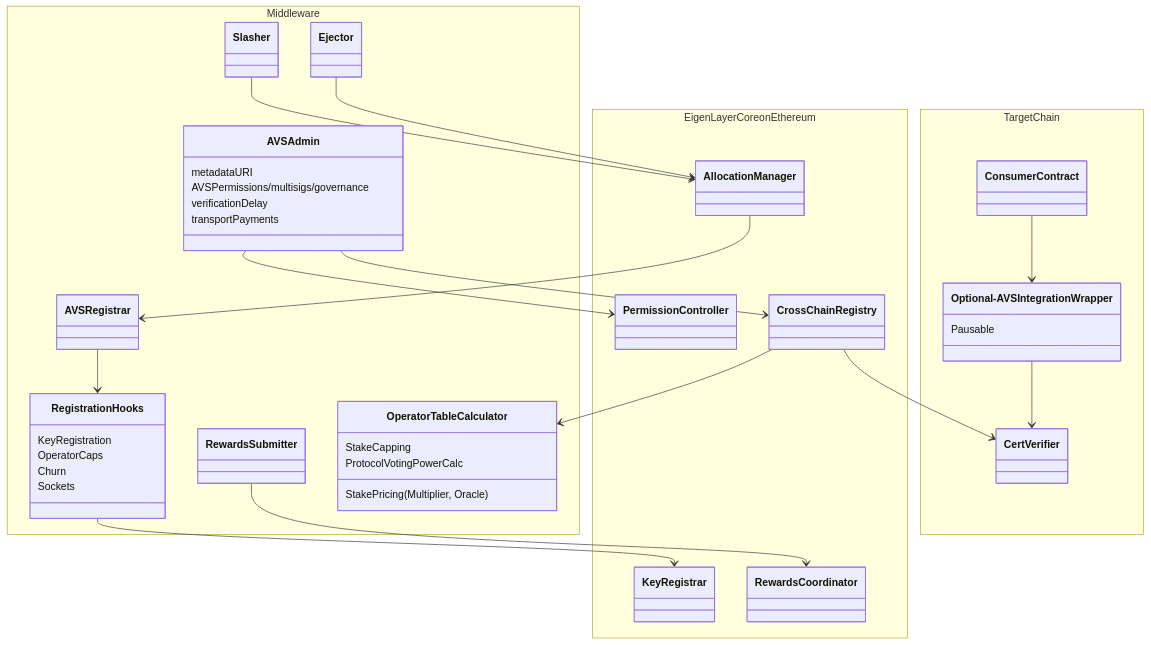
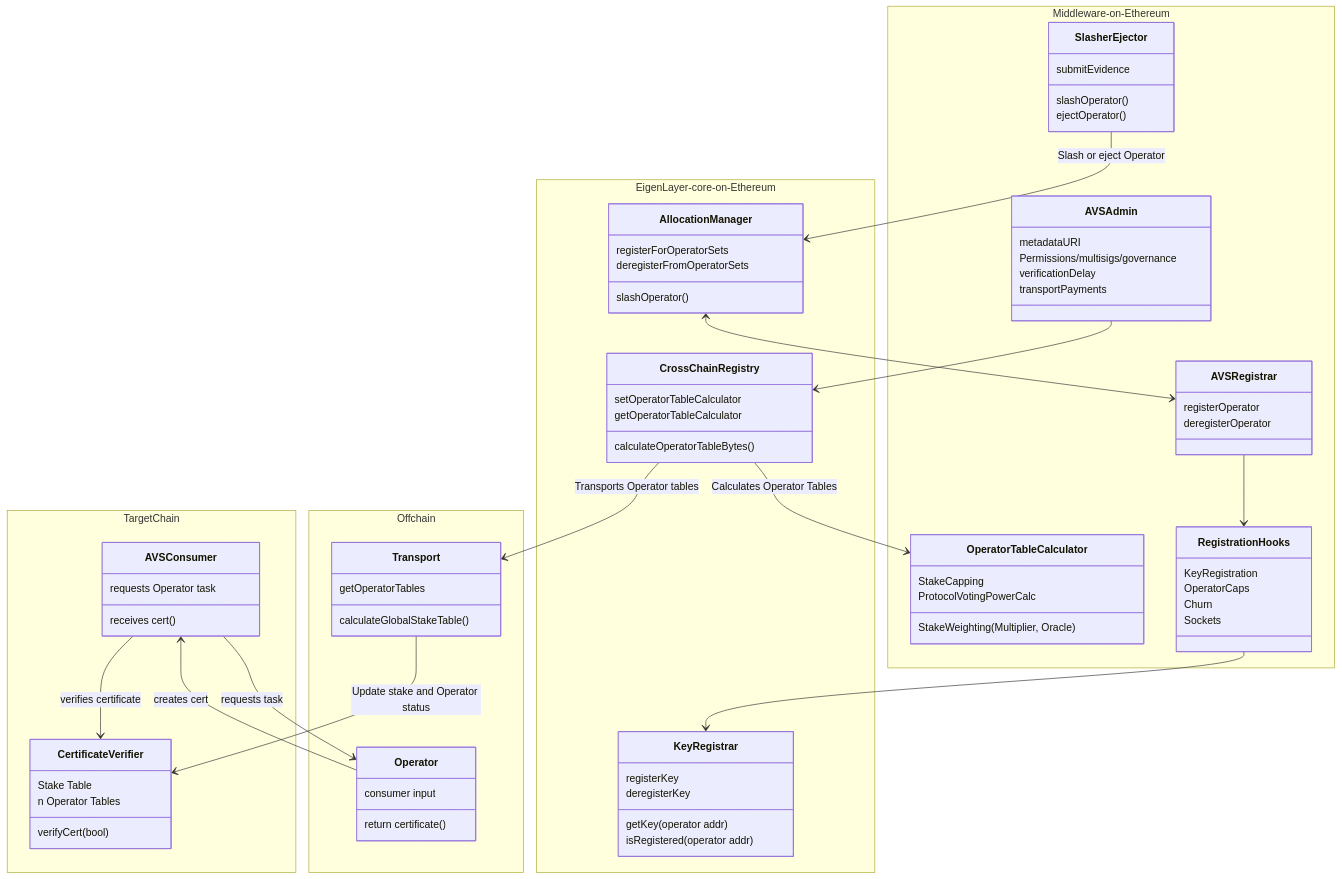
Before and after one commit to eigenfoundation/ELIPs: the second of 2 diagrams in ELIPs/ELIP-008.md, drawn with Mermaid. The commit also changed other lines of this file, not shown here.

Commit message:
fixing diagrams

````diff
--- a/ELIPs/ELIP-008.md
+++ b/ELIPs/ELIP-008.md
@@ -87,22 +133,27 @@
 ```mermaid
 classDiagram 
 direction TD
-namespace Middleware{
+namespace Middleware-on-Ethereum{
+    class OperatorTableCalculator {
+        StakeCapping
+        StakeWeighting (Multiplier, Oracle)
+        ProtocolVotingPowerCalc
+    }
     class AVSAdmin {
         metadataURI
-        AVSPermissions/multisigs/governance
+        Permissions/multisigs/governance
         verificationDelay
         transportPayments
     }
-    class AVSRegistrar
-    class OperatorTableCalculator {
-        StakeCapping
-        StakePricing (Multiplier, Oracle)
-        ProtocolVotingPowerCalc
+    class AVSRegistrar {
+         registerOperator
+         deregisterOperator
     }
-    class Slasher
-    class RewardsSubmitter
-    class Ejector
+    class SlasherEjector {
+      submitEvidence
+      slashOperator ()
+      ejectOperator ()
+    }
     class RegistrationHooks{
         KeyRegistration
         OperatorCaps
@@ -110,31 +161,55 @@
         Sockets
     }
 }
-namespace EigenLayer Core on Ethereum{
-    class PermissionController
-    class AllocationManager
-    class RewardsCoordinator
-    class KeyRegistrar
-    class CrossChainRegistry
+namespace EigenLayer-core-on-Ethereum{
+    class AllocationManager {
+      registerForOperatorSets
+      deregisterFromOperatorSets
+      slashOperator()
+    }
+    class KeyRegistrar{
+      registerKey
+      deregisterKey
+      getKey (operator addr)
+      isRegistered (operator addr)
+    }
+    class CrossChainRegistry{
+      setOperatorTableCalculator
+      getOperatorTableCalculator
+      calculateOperatorTableBytes()
+  }
 }
-namespace Target Chain{
-    class ConsumerContract
-    class Optional-AVSIntegrationWrapper{
-        Pausable
+namespace TargetChain{
+    class AVSConsumer{
+      requests Operator task 
+      receives cert ()
     }
-    class CertVerifier
+    class CertificateVerifier{
+      Stake Table
+      n Operator Tables
+      verifyCert (bool)
+    }
 }
 
-AVSAdmin --> PermissionController
+namespace Offchain{
+ class Operator {
+    consumer input
+    return certificate()
+ }
+ class Transport{
+    getOperatorTables
+    calculateGlobalStakeTable()
+  }
+}
+AllocationManager <--> AVSRegistrar
 AVSAdmin --> CrossChainRegistry
-AllocationManager --> AVSRegistrar
+CrossChainRegistry --> OperatorTableCalculator : Calculates Operator Tables
 AVSRegistrar --> RegistrationHooks
-RegistrationHooks --> KeyRegistrar 
-RewardsSubmitter --> RewardsCoordinator
-Ejector --> AllocationManager
-ConsumerContract --> Optional-AVSIntegrationWrapper
-Slasher --> AllocationManager
-CrossChainRegistry --> OperatorTableCalculator
-CrossChainRegistry --> CertVerifier
-Optional-AVSIntegrationWrapper --> CertVerifier
+RegistrationHooks --> KeyRegistrar
+SlasherEjector --> AllocationManager : Slash or eject Operator 
+CrossChainRegistry --> Transport : Transports Operator tables
+Transport --> CertificateVerifier : Update stake and Operator status
+AVSConsumer --> Operator : requests task
+Operator --> AVSConsumer: creates cert
+AVSConsumer --> CertificateVerifier : verifies certificate
 ```
````
